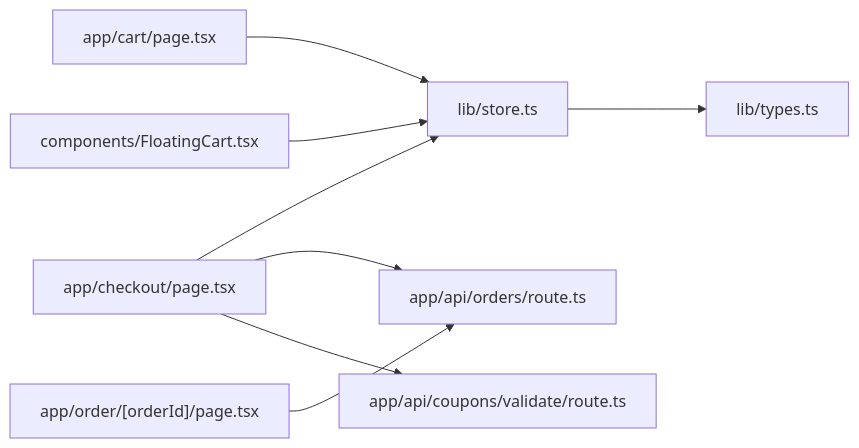
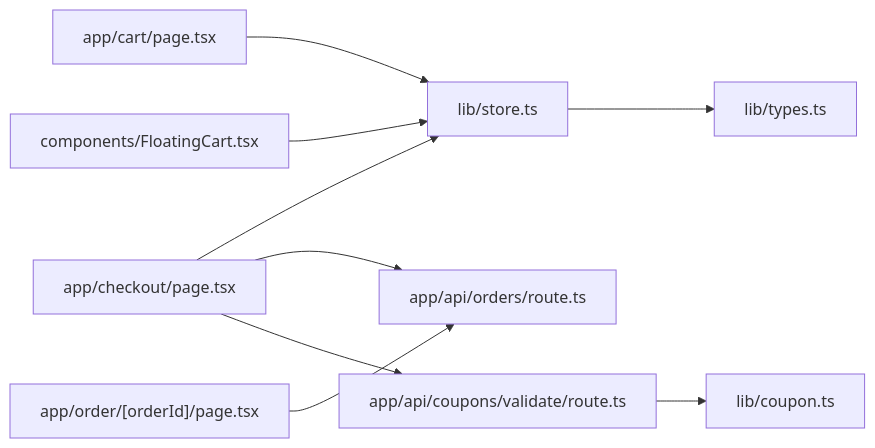
One commit to Ice-Nao-Eevee/Tera_Work changed the tenth of 10 diagrams in .qoder/repowiki/en/content/Core Features/Cart & Ordering System.md. Above: the diagram before and after it, drawn with Mermaid. The commit also changed other lines of this file and 49 other files, not shown here.

````diff
--- a/.qoder/repowiki/en/content/Core Features/Cart & Ordering System.md
+++ b/.qoder/repowiki/en/content/Core Features/Cart & Ordering System.md
@@ -358,10 +415,11 @@
 ```mermaid
 graph LR
 CartPage["app/cart/page.tsx"] --> Store["lib/store.ts"]
 CheckoutPage["app/checkout/page.tsx"] --> Store
 CheckoutPage --> OrdersAPI["app/api/orders/route.ts"]
 CheckoutPage --> CouponsAPI["app/api/coupons/validate/route.ts"]
+CouponsAPI --> CouponLib["lib/coupon.ts"]
 FloatingCart["components/FloatingCart.tsx"] --> Store
 OrderStatusPage["app/order/[orderId]/page.tsx"] --> OrdersAPI
 Store --> Types["lib/types.ts"]
 ```
````
